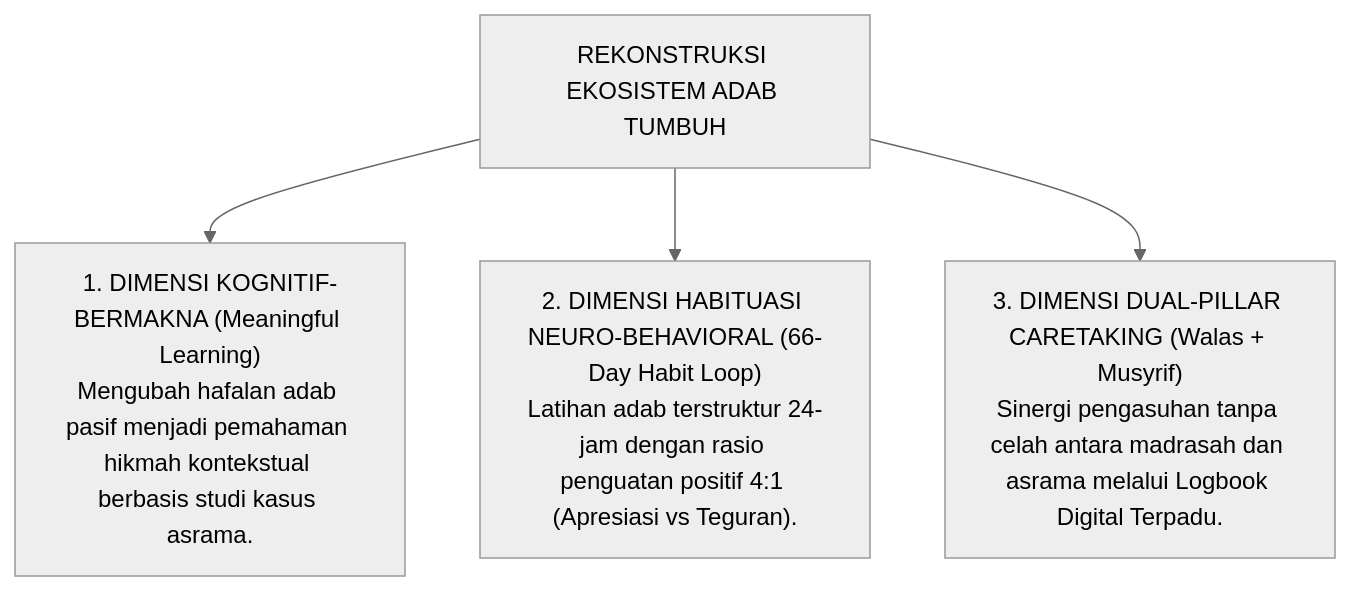
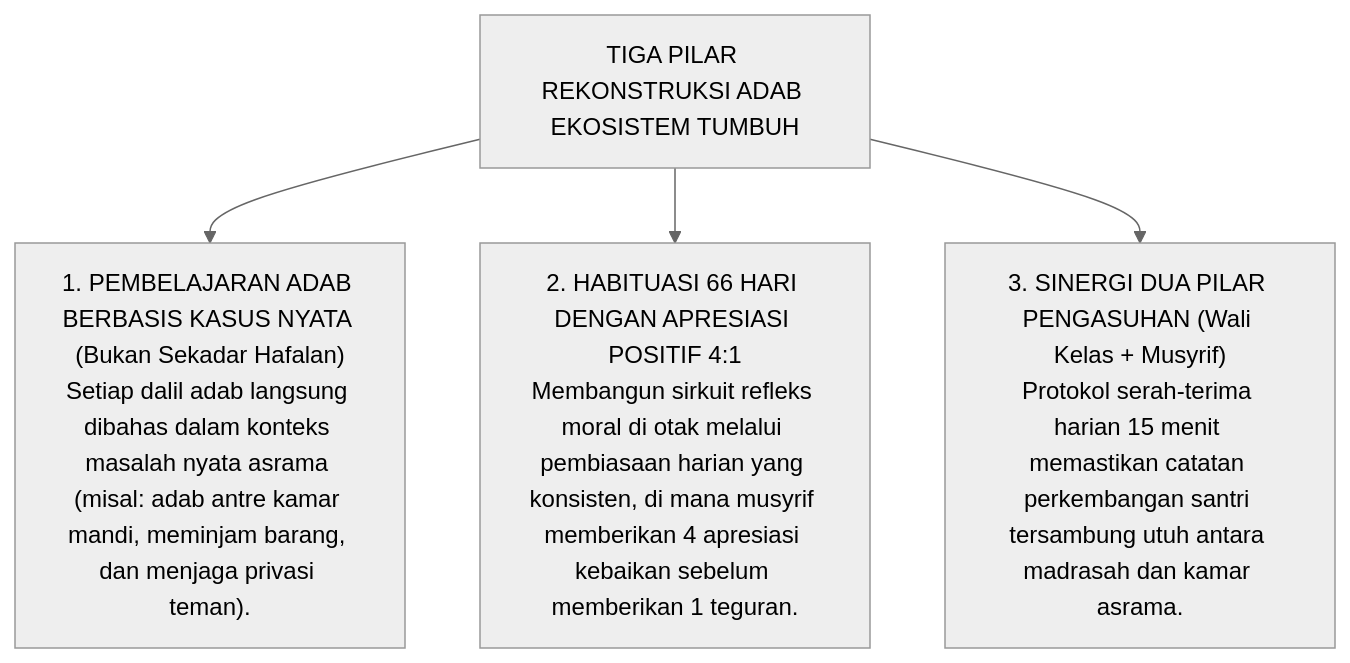
The fourth of 4 diagrams in BOOK-SERIES/Volume-01/Bab-01-Krisis-Karakter-dan-Urgensi-Rekonstruksi/01-Anomali-Pendidikan-Karakter-Tradisional.md (wandiapriliyandi/tumbuh), drawn with Mermaid (neutral theme) before and after one commit. The commit also changed other lines of this file and 2 other files, not shown here.

Commit message:
style(docs): perindah gaya bahasa, perjelas konsep, dan percantik format kutipan Turats

````diff
--- a/BOOK-SERIES/Volume-01/Bab-01-Krisis-Karakter-dan-Urgensi-Rekonstruksi/01-Anomali-Pendidikan-Karakter-Tradisional.md
+++ b/BOOK-SERIES/Volume-01/Bab-01-Krisis-Karakter-dan-Urgensi-Rekonstruksi/01-Anomali-Pendidikan-Karakter-Tradisional.md
@@ -107,10 +121,10 @@
 ```mermaid
 graph TD
-    EkosistemTUMBUH["REKONSTRUKSI EKOSISTEM ADAB TUMBUH"]
+    Root["TIGA PILAR REKONSTRUKSI ADAB EKOSISTEM TUMBUH"]
     
-    EkosistemTUMBUH --> Dim1["1. DIMENSI KOGNITIF-BERMAKNA (Meaningful Learning)<br/>Mengubah hafalan adab pasif menjadi pemahaman hikmah kontekstual berbasis studi kasus asrama."]
+    Root --> P1["1. PEMBELAJARAN ADAB BERBASIS KASUS NYATA (Bukan Sekadar Hafalan)<br/>Setiap dalil adab langsung dibahas dalam konteks masalah nyata asrama (misal: adab antre kamar mandi, meminjam barang, dan menjaga privasi teman)."]
     
-    EkosistemTUMBUH --> Dim2["2. DIMENSI HABITUASI NEURO-BEHAVIORAL (66-Day Habit Loop)<br/>Latihan adab terstruktur 24-jam dengan rasio penguatan positif 4:1 (Apresiasi vs Teguran)."]
+    Root --> P2["2. HABITUASI 66 HARI DENGAN APRESIASI POSITIF 4:1<br/>Membangun sirkuit refleks moral di otak melalui pembiasaan harian yang konsisten, di mana musyrif memberikan 4 apresiasi kebaikan sebelum memberikan 1 teguran."]
     
-    EkosistemTUMBUH --> Dim3["3. DIMENSI DUAL-PILLAR CARETAKING (Walas + Musyrif)<br/>Sinergi pengasuhan tanpa celah antara madrasah dan asrama melalui Logbook Digital Terpadu."]
+    Root --> P3["3. SINERGI DUA PILAR PENGASUHAN (Wali Kelas + Musyrif)<br/>Protokol serah-terima harian 15 menit memastikan catatan perkembangan santri tersambung utuh antara madrasah dan kamar asrama."]
 ```
````
